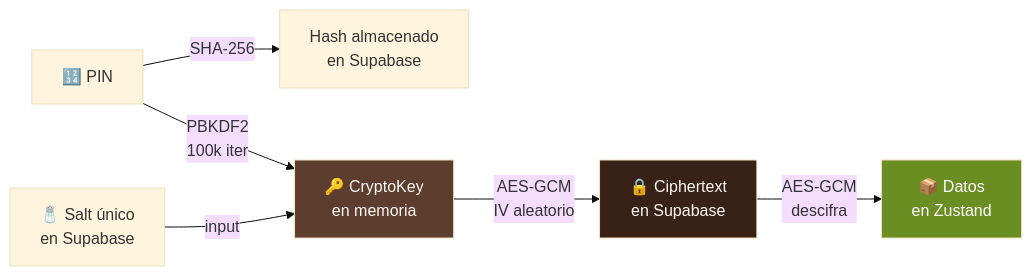
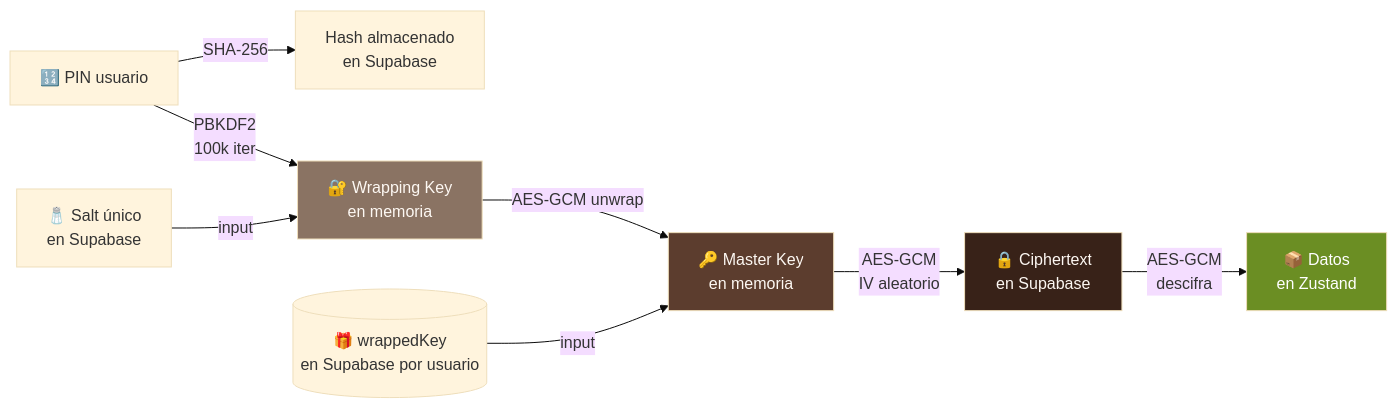
One commit to YaelTriana/barista-stock-manager changed the third of 5 diagrams in README.md. Above: the diagram before and after it, drawn with Mermaid (base theme). The commit also changed other lines of this file, not shown here.

````diff
--- a/README.md
+++ b/README.md
@@ -117,12 +121,15 @@
 ```mermaid
 flowchart LR
-    PIN[🔢 PIN] --> |SHA-256| H[Hash almacenado\nen Supabase]
-    PIN --> |PBKDF2\n100k iter| CK[🔑 CryptoKey\nen memoria]
-    SALT[🧂 Salt único\nen Supabase] --> |input| CK
-    CK --> |AES-GCM\nIV aleatorio| CT[🔒 Ciphertext\nen Supabase]
+    PIN[🔢 PIN usuario] --> |SHA-256| H[Hash almacenado\nen Supabase]
+    PIN --> |PBKDF2\n100k iter| WK[🔐 Wrapping Key\nen memoria]
+    SALT[🧂 Salt único\nen Supabase] --> |input| WK
+    WK --> |AES-GCM unwrap| MK[🔑 Master Key\nen memoria]
+    WMK[(🎁 wrappedKey\nen Supabase por usuario)] --> |input| MK
+    MK --> |AES-GCM\nIV aleatorio| CT[🔒 Ciphertext\nen Supabase]
     CT --> |AES-GCM\ndescifra| DATA[📦 Datos\nen Zustand]
 
-    style CK fill:#5C3D2E,color:#FDF8F3
+    style WK fill:#8A7363,color:#FDF8F3
+    style MK fill:#5C3D2E,color:#FDF8F3
     style CT fill:#382218,color:#FDF8F3
     style DATA fill:#6B8E23,color:#fff
 ```
````
